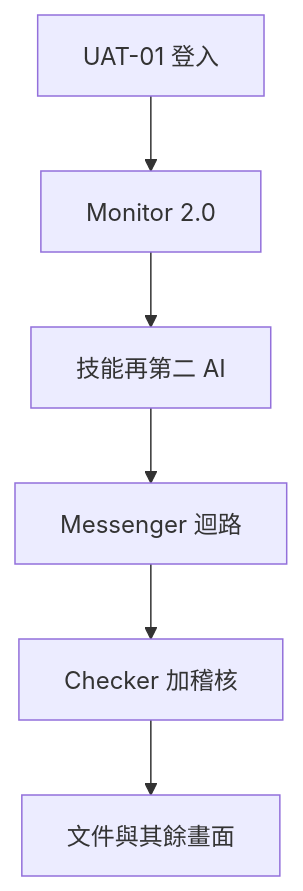
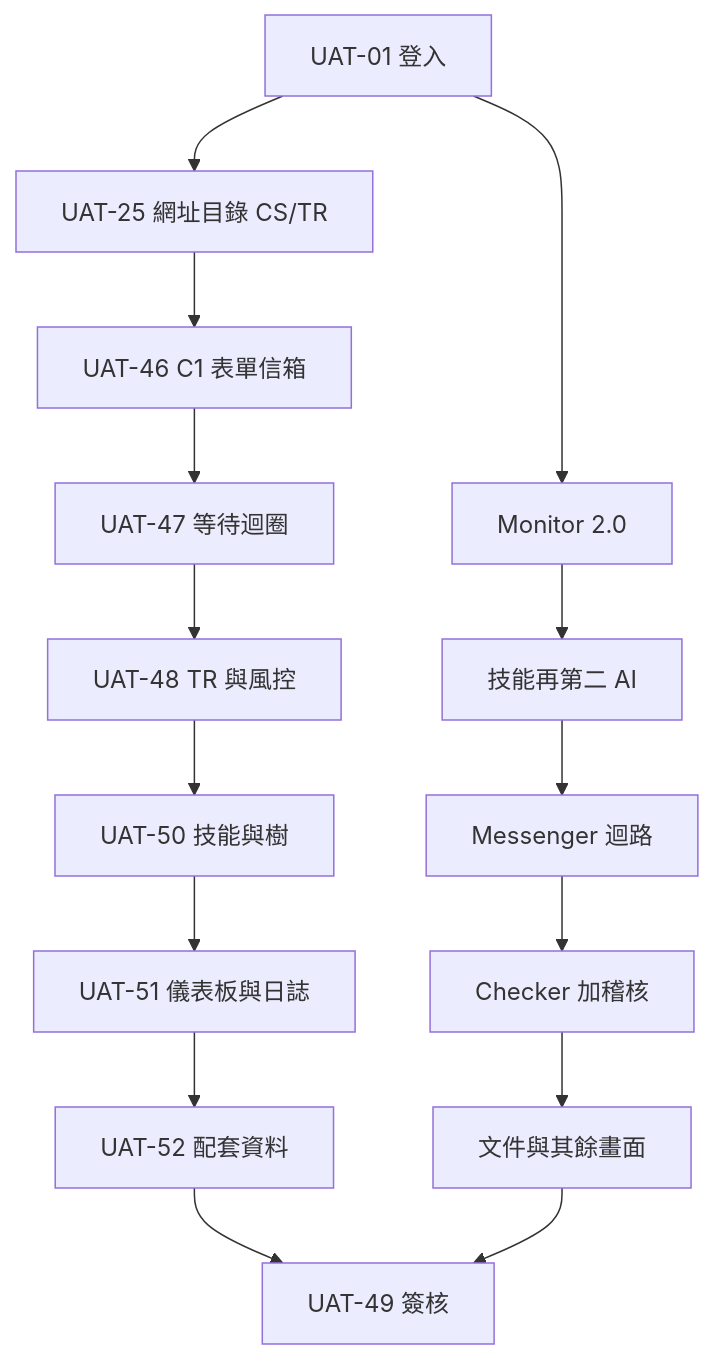
Before and after one commit to hxyan2020/PRD: the diagram in platform/docs/UAT.zh-Hant.md, drawn with Mermaid. The commit also changed other lines of this file and 15 other files, not shown here.

````diff
--- a/platform/docs/UAT.zh-Hant.md
+++ b/platform/docs/UAT.zh-Hant.md
@@ -18,8 +20,17 @@
 ```mermaid
 graph TD
   Login[UAT-01 登入] --> Mon[Monitor 2.0]
   Mon --> AI[技能再第二 AI]
   AI --> Msg[Messenger 迴路]
   Msg --> Gate[Checker 加稽核]
   Gate --> Docs[文件與其餘畫面]
+  Login --> CsDoor[UAT-25 網址目錄 CS/TR]
+  CsDoor --> Intake[UAT-46 C1 表單信箱]
+  Intake --> Wait[UAT-47 等待迴圈]
+  Wait --> Tr[UAT-48 TR 與風控]
+  Tr --> Skills[UAT-50 技能與樹]
+  Skills --> Dash[UAT-51 儀表板與日誌]
+  Dash --> Data[UAT-52 配套資料]
+  Data --> Sign[UAT-49 簽核]
+  Docs --> Sign
 ```
````
